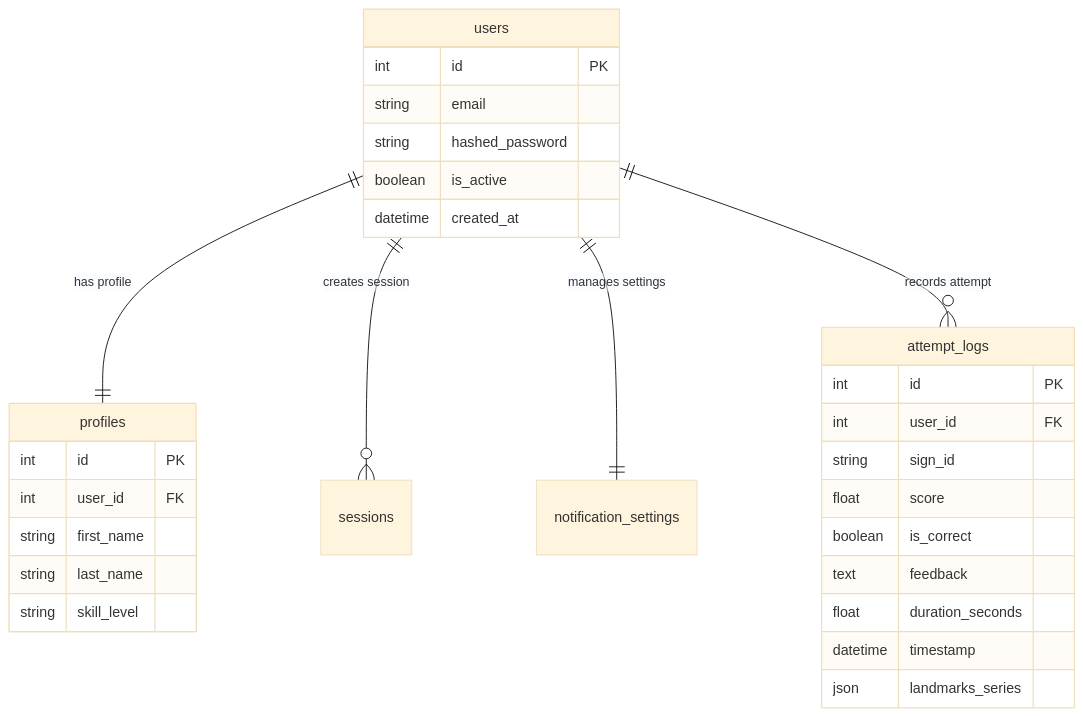
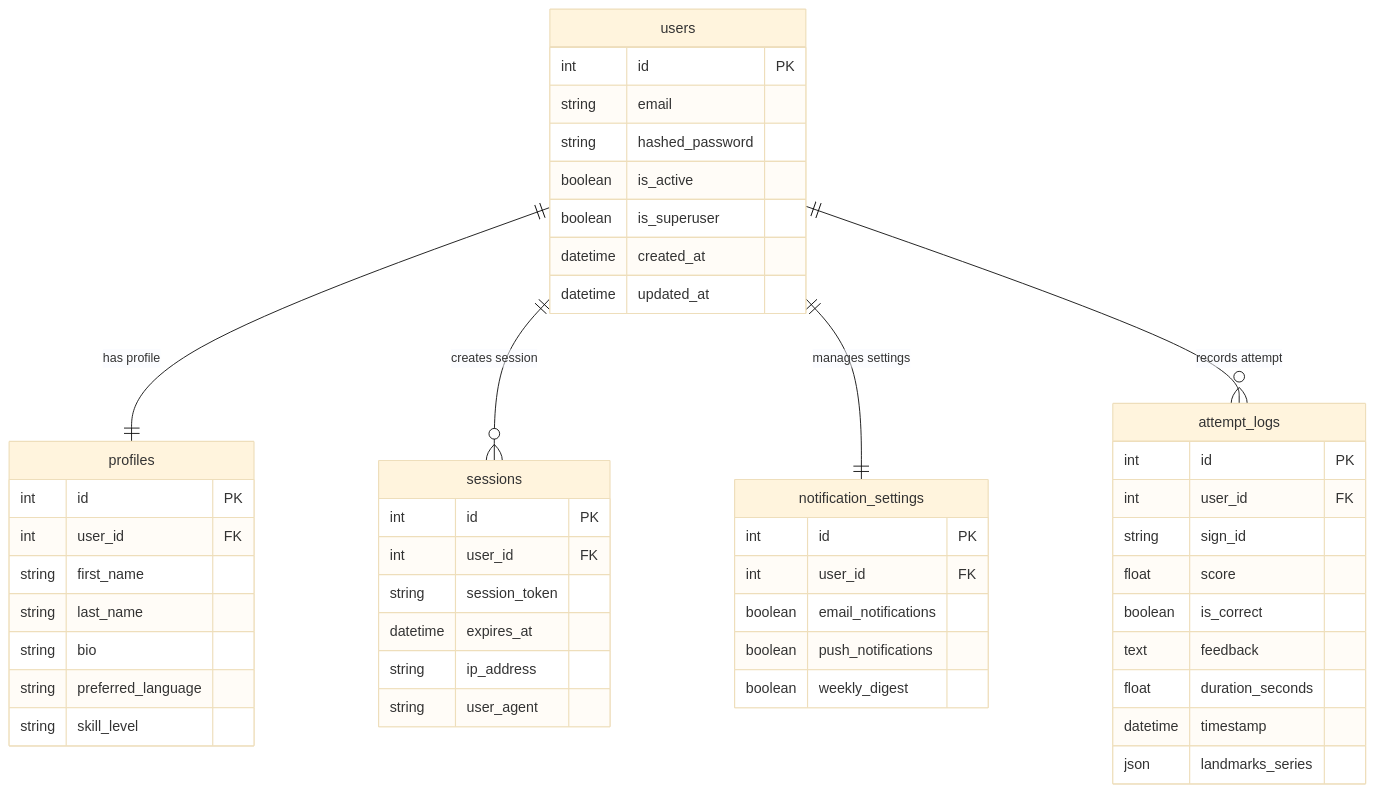
One commit to Arvindtechicon/SignLingo-AI changed the third of 4 diagrams in README.md. Above: the diagram before and after it, drawn with Mermaid (base theme). The commit also changed other lines of this file, not shown here.

Commit message:
docs: restore Milestone 1 architecture, session tables and JWT login sequence diagrams

````diff
--- a/README.md
+++ b/README.md
@@ -30,33 +41,52 @@
 ```mermaid
 erDiagram
     users ||--|| profiles : "has profile"
     users ||--o{ sessions : "creates session"
     users ||--|| notification_settings : "manages settings"
     users ||--o{ attempt_logs : "records attempt"
 
     users {
         int id PK
         string email
         string hashed_password
         boolean is_active
+        boolean is_superuser
         datetime created_at
+        datetime updated_at
     }
     profiles {
         int id PK
         int user_id FK
         string first_name
         string last_name
+        string bio
+        string preferred_language
         string skill_level
+    }
+    sessions {
+        int id PK
+        int user_id FK
+        string session_token
+        datetime expires_at
+        string ip_address
+        string user_agent
+    }
+    notification_settings {
+        int id PK
+        int user_id FK
+        boolean email_notifications
+        boolean push_notifications
+        boolean weekly_digest
     }
     attempt_logs {
         int id PK
         int user_id FK
         string sign_id
         float score
         boolean is_correct
         text feedback
         float duration_seconds
         datetime timestamp
         json landmarks_series
     }
 ```
````
